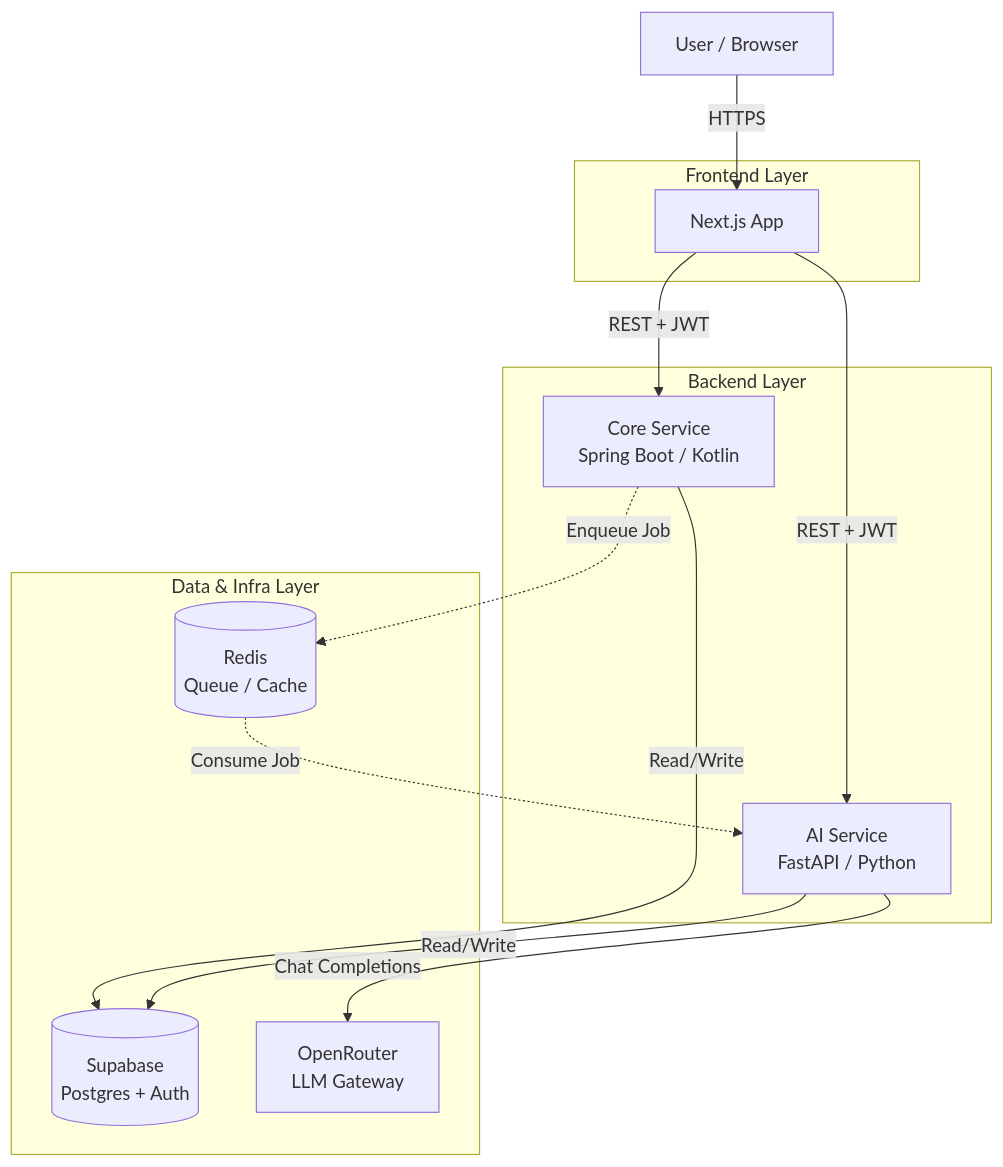
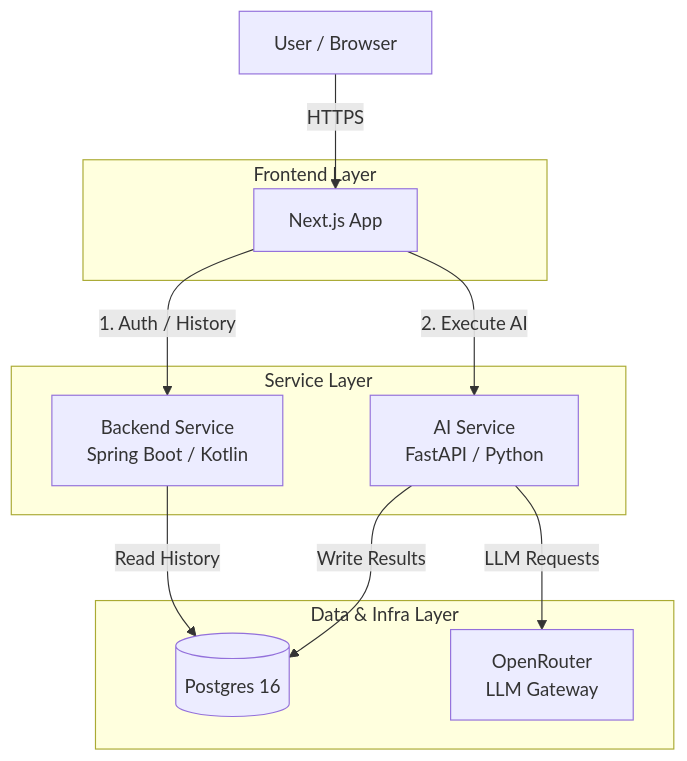
The first of 2 diagrams in docs/architecture.md (AIByJohannes/alfred), drawn with Mermaid before and after one commit. The commit also changed other lines of this file and 1 other file, not shown here.

First line of the commit message:
Update system architecture and add roadmap

````diff
--- a/docs/architecture.md
+++ b/docs/architecture.md
@@ -17,31 +17,28 @@
 ```mermaid
 graph TD
     User[User / Browser]
     
     subgraph "Frontend Layer"
         NextJS[Next.js App]
     end
     
-    subgraph "Backend Layer"
-        SpringBoot[Core Service<br/>Spring Boot / Kotlin]
+    subgraph "Service Layer"
+        SpringBoot[Backend Service<br/>Spring Boot / Kotlin]
         FastAPI[AI Service<br/>FastAPI / Python]
     end
     
     subgraph "Data & Infra Layer"
-        Supabase[(Supabase<br/>Postgres + Auth)]
-        Redis[(Redis<br/>Queue / Cache)]
+        Postgres[(Postgres 16)]
         OpenRouter[OpenRouter<br/>LLM Gateway]
     end
 
     User -->|HTTPS| NextJS
-    NextJS -->|REST + JWT| SpringBoot
-    NextJS -->|REST + JWT| FastAPI
     
-    SpringBoot -->|Read/Write| Supabase
-    FastAPI -->|Read/Write| Supabase
+    NextJS -->|1. Auth / History| SpringBoot
+    NextJS -->|2. Execute AI| FastAPI
     
-    SpringBoot -.->|Enqueue Job| Redis
-    Redis -.->|Consume Job| FastAPI
+    SpringBoot -->|Read History| Postgres
+    FastAPI -->|Write Results| Postgres
     
-    FastAPI -->|Chat Completions| OpenRouter
+    FastAPI -->|LLM Requests| OpenRouter
 ```
````
